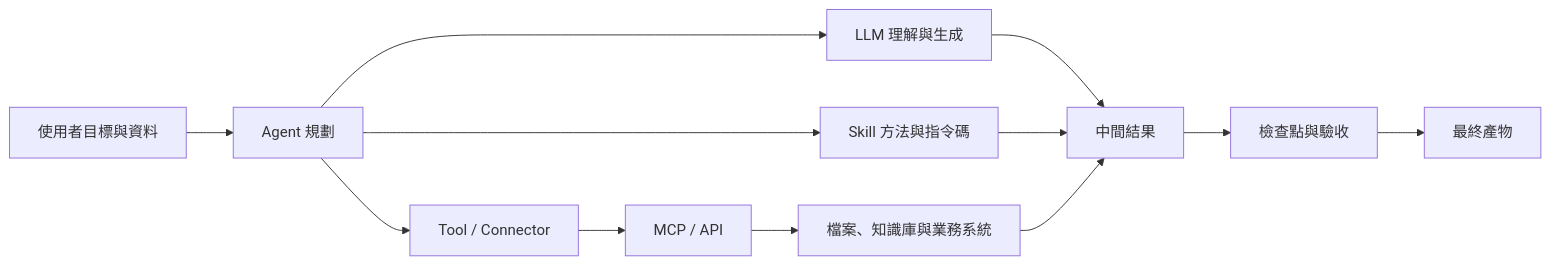
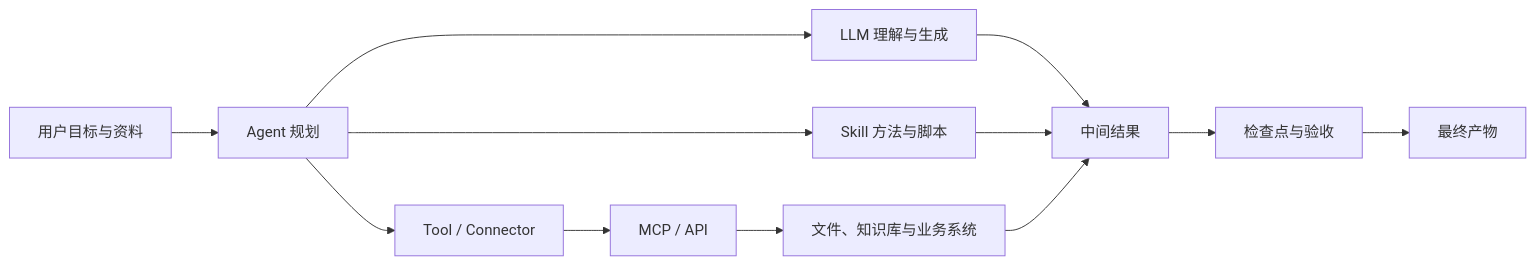
The first of 2 diagrams in docs/zh-tw/workbuddy/11-ai-work-system/index.md (the-beating-light-of-the-nail/ai-tools-guide-site), drawn with Mermaid before and after one commit. The commit also changed other lines of this file and 136 other files, not shown here.

````diff
--- a/docs/zh-tw/workbuddy/11-ai-work-system/index.md
+++ b/docs/zh-tw/workbuddy/11-ai-work-system/index.md
@@ -7,14 +11,14 @@
 ```mermaid
 flowchart LR
-    U[使用者目標與資料] --> A[Agent 規劃]
-    A --> L[LLM 理解與生成]
-    A --> S[Skill 方法與指令碼]
+    U[用户目标与资料] --> A[Agent 规划]
+    A --> L[LLM 理解与生成]
+    A --> S[Skill 方法与脚本]
     A --> T[Tool / Connector]
     T --> M[MCP / API]
-    M --> X[檔案、知識庫與業務系統]
-    L --> R[中間結果]
+    M --> X[文件、知识库与业务系统]
+    L --> R[中间结果]
     S --> R
     X --> R
-    R --> C[檢查點與驗收]
-    C --> O[最終產物]
+    R --> C[检查点与验收]
+    C --> O[最终产物]
 ```
````
